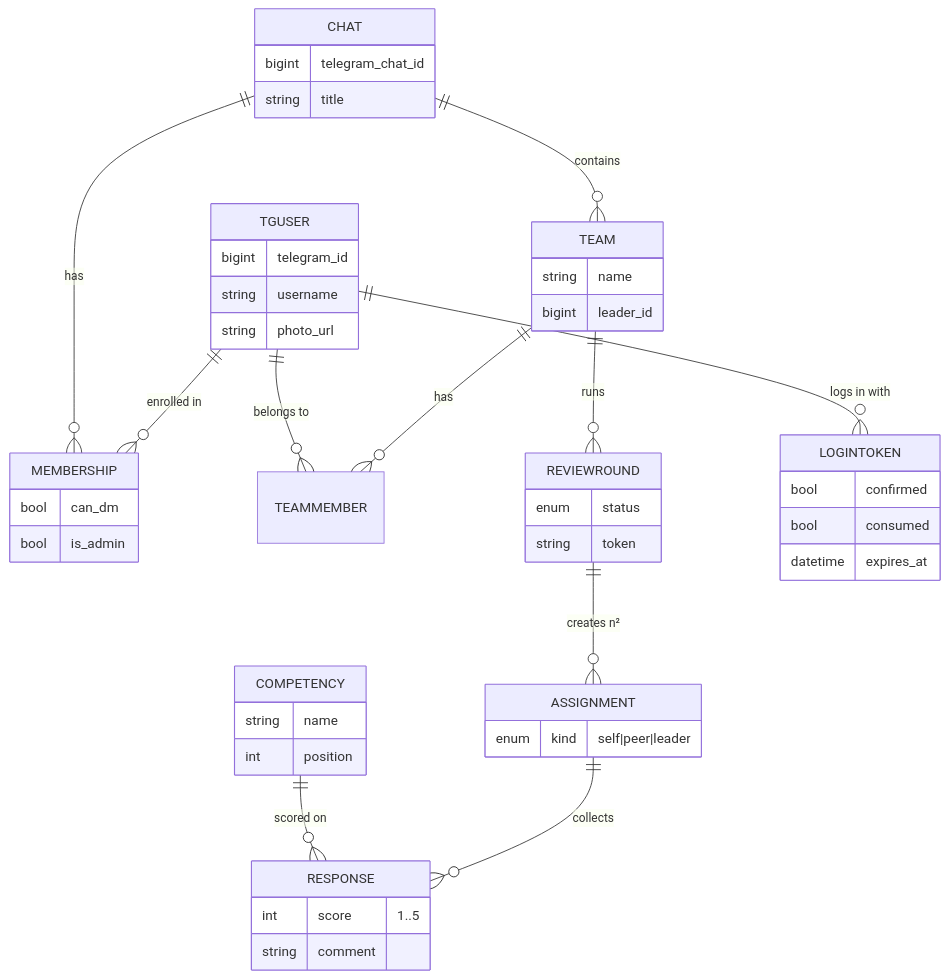
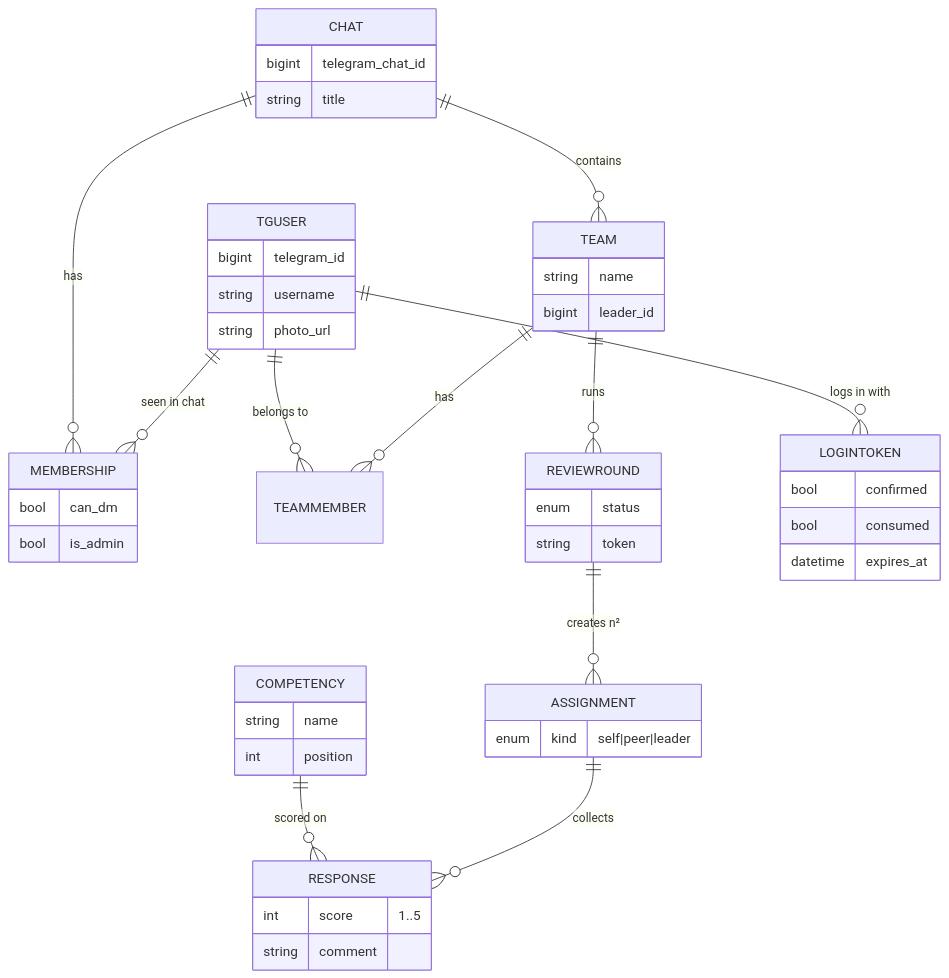
The fifth of 5 diagrams in README.md (simeonkolchin/review-360), drawn with Mermaid before and after one commit. The commit also changed other lines of this file and 1 other file, not shown here.

````diff
--- a/README.md
+++ b/README.md
@@ -340,23 +346,23 @@
 ```mermaid
 erDiagram
-    TGUSER ||--o{ MEMBERSHIP : "enrolled in"
+    TGUSER ||--o{ MEMBERSHIP : "seen in chat"
     CHAT   ||--o{ MEMBERSHIP : has
     CHAT   ||--o{ TEAM : contains
     TEAM   ||--o{ TEAMMEMBER : has
     TGUSER ||--o{ TEAMMEMBER : "belongs to"
     TEAM   ||--o{ REVIEWROUND : "runs"
     REVIEWROUND ||--o{ ASSIGNMENT : "creates n²"
     ASSIGNMENT  ||--o{ RESPONSE : "collects"
     COMPETENCY  ||--o{ RESPONSE : "scored on"
     TGUSER ||--o{ LOGINTOKEN : "logs in with"
 
     TGUSER { bigint telegram_id string username string photo_url }
     CHAT { bigint telegram_chat_id string title }
     MEMBERSHIP { bool can_dm bool is_admin }
     TEAM { string name bigint leader_id }
     REVIEWROUND { enum status string token }
     ASSIGNMENT { enum kind "self|peer|leader" }
     RESPONSE { int score "1..5" string comment }
     COMPETENCY { string name int position }
     LOGINTOKEN { bool confirmed bool consumed datetime expires_at }
 ```
````
